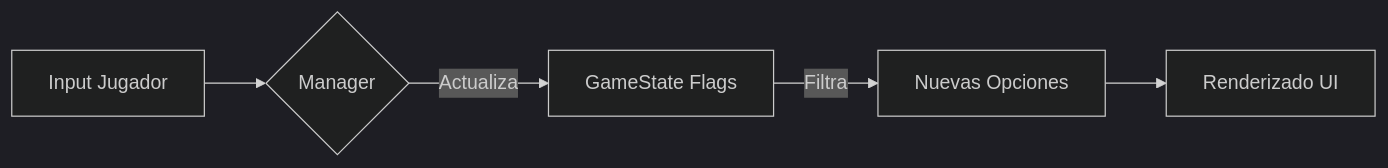
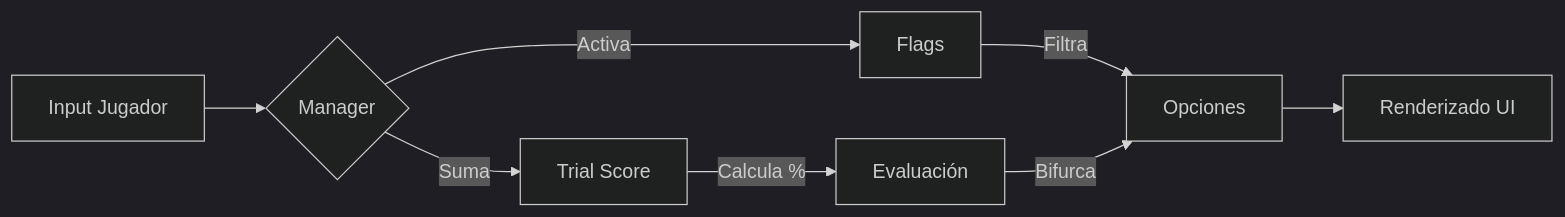
The third of 3 diagrams in README.md (JoseEstevez520/Intentia), drawn with Mermaid (dark theme) before and after one commit. The commit also changed other lines of this file, not shown here.

````diff
--- a/README.md
+++ b/README.md
@@ -61,7 +67,10 @@
 ```mermaid
  graph LR
     A[Input Jugador] --> B{Manager}
-    B -->|Actualiza| C[GameState Flags]
-    C -->|Filtra| D[Nuevas Opciones]
-    D --> E[Renderizado UI]
+    B -->|Suma| C[Trial Score]
+    B -->|Activa| D[Flags]
+    C -->|Calcula %| E[Evaluación]
+    D -->|Filtra| F[Opciones]
+    E -->|Bifurca| F
+    F --> G[Renderizado UI]
 ```
````
